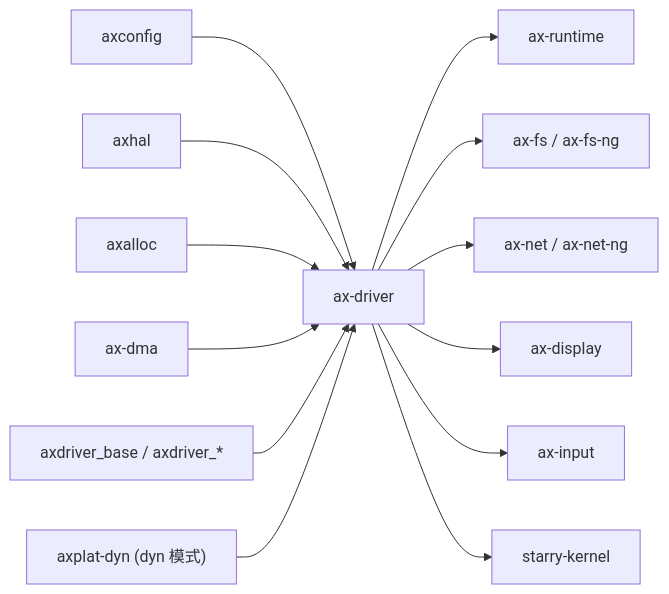
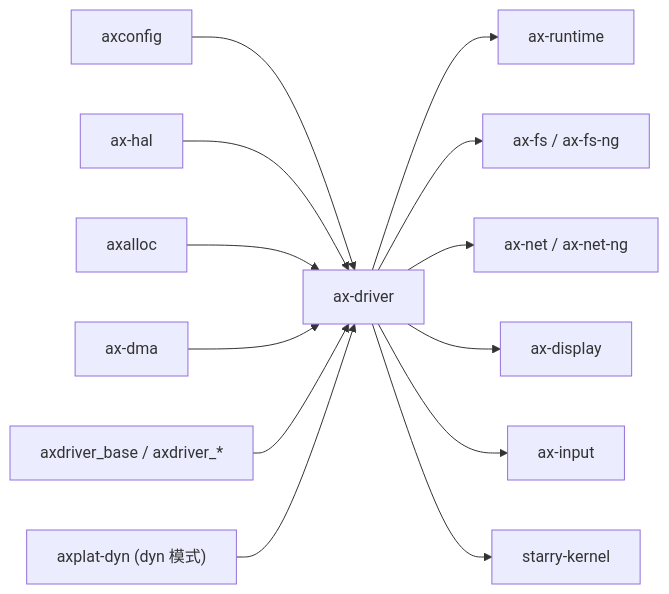
Before and after one commit to yfblock/tgoskits: the second of 2 diagrams in docs/crates/ax-driver.md, drawn with Mermaid. The commit also changed other lines of this file and 158 other files, not shown here.

Commit message:
rename axhal to ax-hal

````diff
--- a/docs/crates/ax-driver.md
+++ b/docs/crates/ax-driver.md
@@ -124,16 +124,16 @@
 ```mermaid
 graph LR
     axconfig["axconfig"] --> ax-driver["ax-driver"]
-    axhal["axhal"] --> ax-driver
+    ax-hal["ax-hal"] --> ax-driver
     axalloc["axalloc"] --> ax-driver
     ax_dma["ax-dma"] --> ax-driver
     axdriver_base["axdriver_base / axdriver_*"] --> ax-driver
     axplat_dyn["axplat-dyn (dyn 模式)"] --> ax-driver
 
     ax-driver --> ax-runtime["ax-runtime"]
     ax-driver --> ax-fs["ax-fs / ax-fs-ng"]
     ax-driver --> ax-net["ax-net / ax-net-ng"]
     ax-driver --> ax-display["ax-display"]
     ax-driver --> ax-input["ax-input"]
     ax-driver --> starry_kernel["starry-kernel"]
 ```
````
